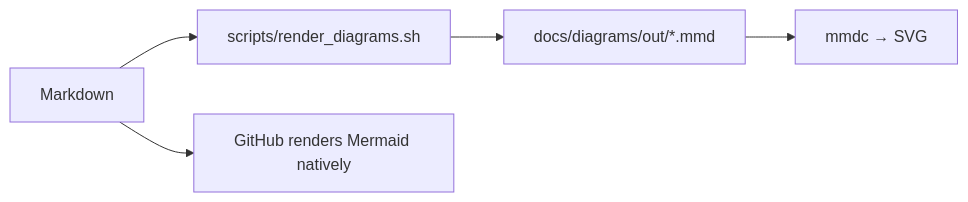
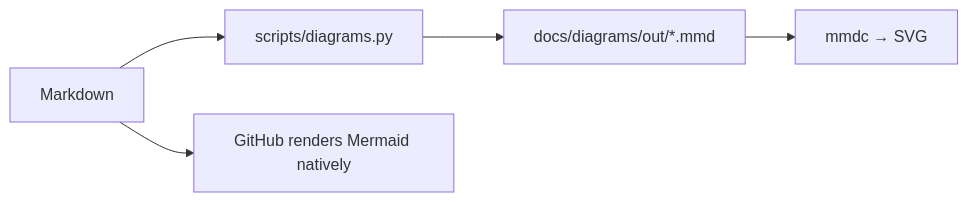
The diagram in docs/23_glossary_and_faq.md (Ahmedbakr78/Web-to-Warehouse-Product-Intelligence-Pipeline), drawn with Mermaid before and after one commit. The commit also changed 126 other files, not shown here.

First line of the commit message:
Replace diagram scripts with Python tool

````diff
--- a/docs/23_glossary_and_faq.md
+++ b/docs/23_glossary_and_faq.md
@@ -516,5 +516,5 @@
 ```mermaid
 flowchart LR
-    A["Markdown"] --> B["scripts/render_diagrams.sh"] --> C["docs/diagrams/out/*.mmd"] --> D["mmdc → SVG"]
+    A["Markdown"] --> B["scripts/diagrams.py"] --> C["docs/diagrams/out/*.mmd"] --> D["mmdc → SVG"]
     A --> E["GitHub renders Mermaid natively"]
 ```
````
